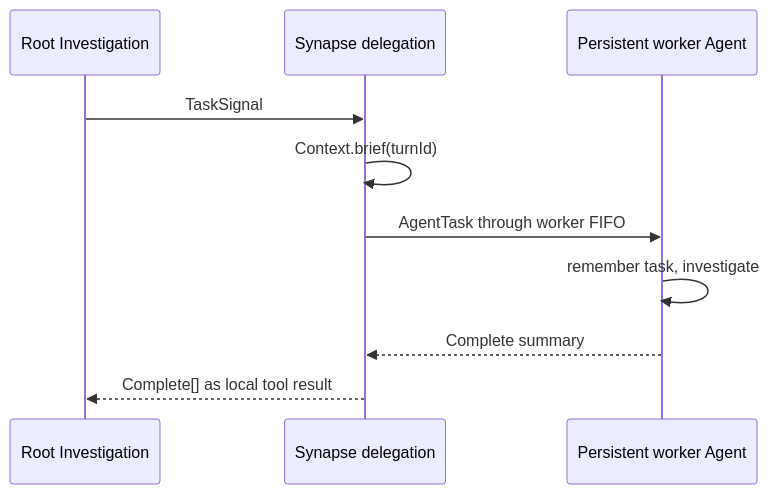
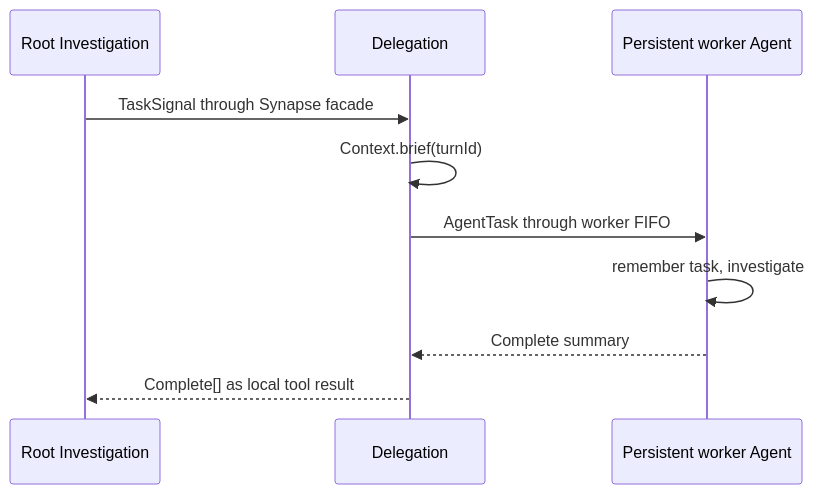
Before and after one commit to flyflor/flyflor: the third of 3 diagrams in docs/architecture.md, drawn with Mermaid. The commit also changed other lines of this file and 36 other files, not shown here.

````diff
--- a/docs/architecture.md
+++ b/docs/architecture.md
@@ -119,13 +123,13 @@
 ```mermaid
 sequenceDiagram
     participant RI as Root Investigation
-    participant S as Synapse delegation
+    participant D as Delegation
     participant W as Persistent worker Agent
 
-    RI->>S: TaskSignal
-    S->>S: Context.brief(turnId)
-    S->>W: AgentTask through worker FIFO
+    RI->>D: TaskSignal through Synapse facade
+    D->>D: Context.brief(turnId)
+    D->>W: AgentTask through worker FIFO
     W->>W: remember task, investigate
-    W-->>S: Complete summary
-    S-->>RI: Complete[] as local tool result
+    W-->>D: Complete summary
+    D-->>RI: Complete[] as local tool result
 ```
````
